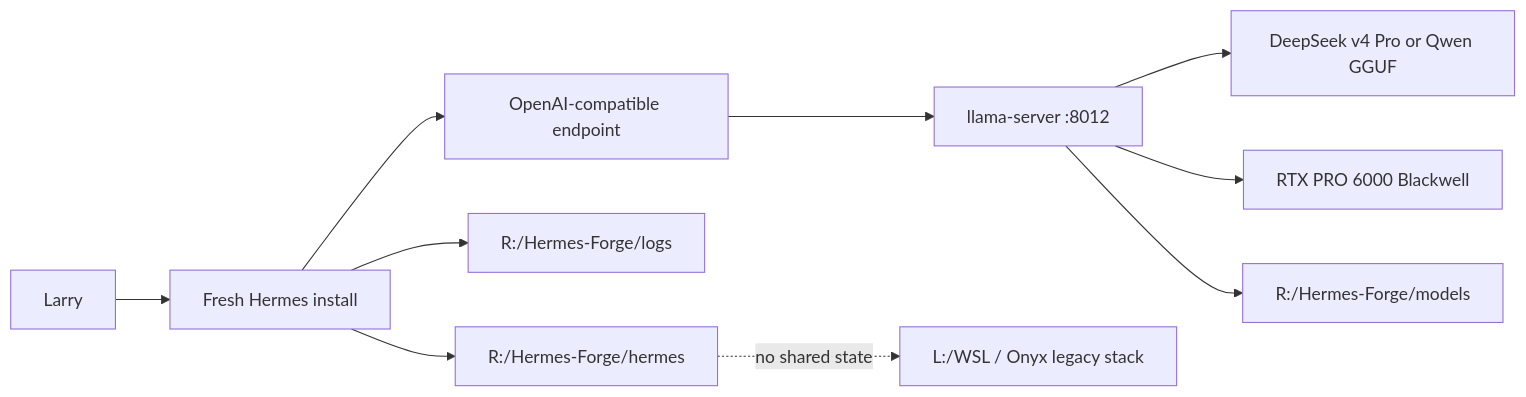
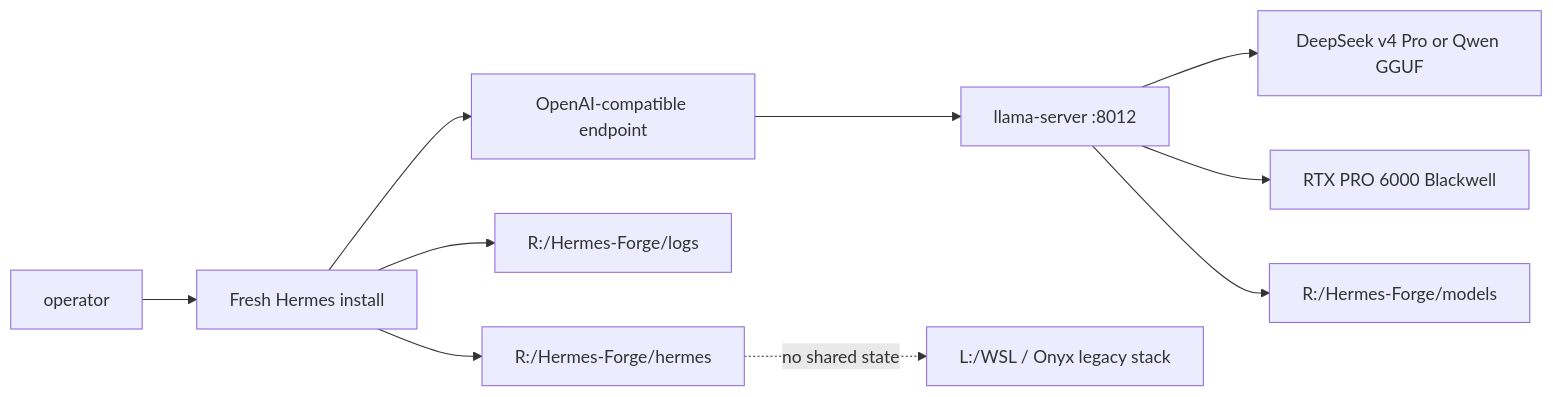
The third of 3 diagrams in Architecture_Defense_and_Preproduction/master_packet/evidence_archive/07_source_provenance/Troubleshoot/legacy_handoffs/NORTHSTAR-STACK-RESEARCH-BRIEF-2026-06-11.md (micronox/NightSchool-Study-Assistant), drawn with Mermaid before and after one commit. The commit also changed other lines of this file and 86 other files, not shown here.

````diff
--- a/Architecture_Defense_and_Preproduction/master_packet/evidence_archive/07_source_provenance/Troubleshoot/legacy_handoffs/NORTHSTAR-STACK-RESEARCH-BRIEF-2026-06-11.md
+++ b/Architecture_Defense_and_Preproduction/master_packet/evidence_archive/07_source_provenance/Troubleshoot/legacy_handoffs/NORTHSTAR-STACK-RESEARCH-BRIEF-2026-06-11.md
@@ -925,12 +925,12 @@
 ```mermaid
 flowchart LR
-  Larry["Larry"] --> Hermes2["Fresh Hermes install"]
+  operator["operator"] --> Hermes2["Fresh Hermes install"]
   Hermes2 --> API["OpenAI-compatible endpoint"]
   API --> LServer["llama-server :8012"]
   LServer --> Model["DeepSeek v4 Pro or Qwen GGUF"]
   LServer --> GPU["RTX PRO 6000 Blackwell"]
   Hermes2 --> Logs["R:/Hermes-Forge/logs"]
   Hermes2 --> State["R:/Hermes-Forge/hermes"]
   LServer --> Models["R:/Hermes-Forge/models"]
   State -. no shared state .-> Onyx["L:/WSL / Onyx legacy stack"]
 ```
````
